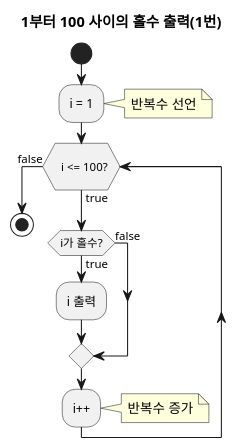
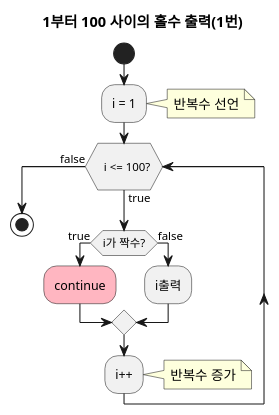
The diagram in puml/loop-continue-01.puml (hiphop5782/all-in-one-java-resources), drawn with PlantUML before and after one commit.

Commit message:
색상 변경

```diff
--- a/puml/loop-continue-01.puml
+++ b/puml/loop-continue-01.puml
@@ -1,22 +1,24 @@
 @startuml
 
 title 1부터 100 사이의 홀수 출력(1번)
 
 
 start
 
 :i = 1;
 note right: 반복수 선언
 
+label loop
 while (\n  i <= 100?\n)  is (true)
-  if (i가 홀수?) then (true) 
-    :i 출력;
+  if (i가 짝수?) then (true) 
+    #lightpink:continue;
   else (false)
+    :i출력;
   endif
   :i++;
   note right: 반복수 증가
 endwhile (false)
 
 stop
 
 @enduml
```
